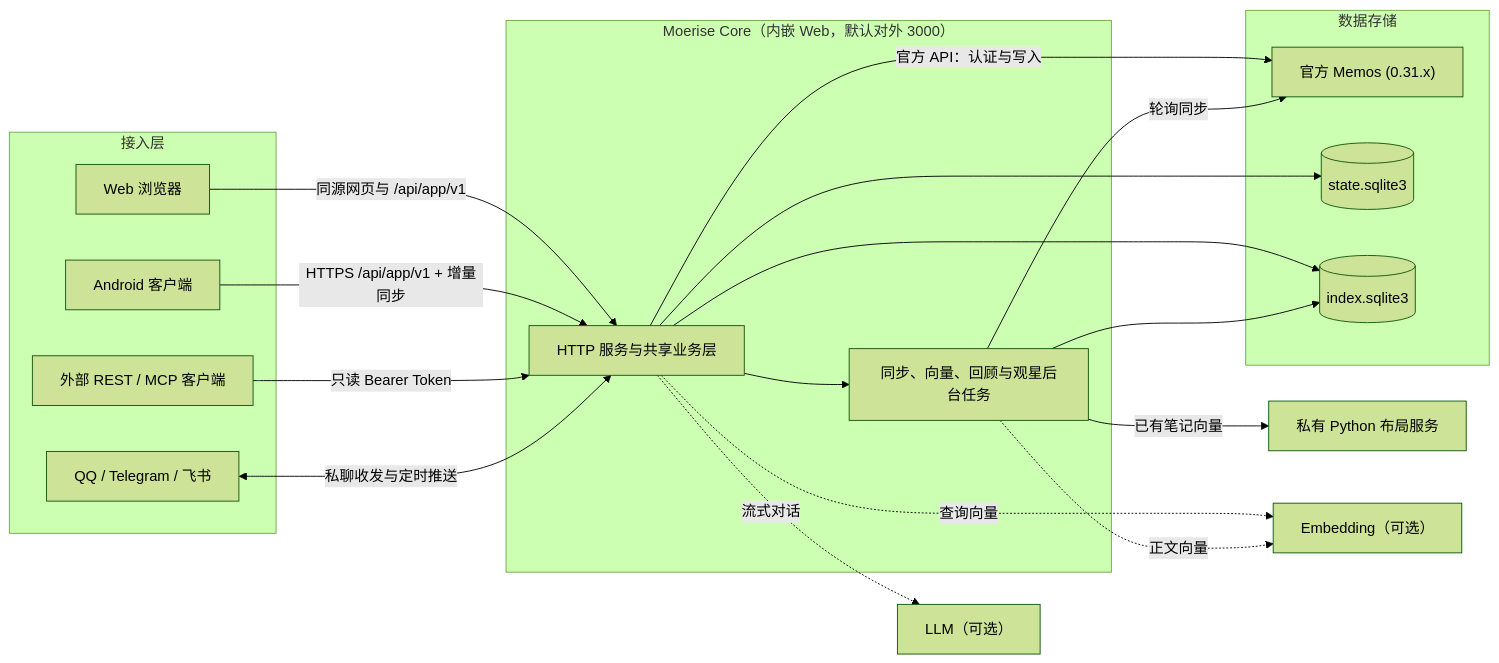
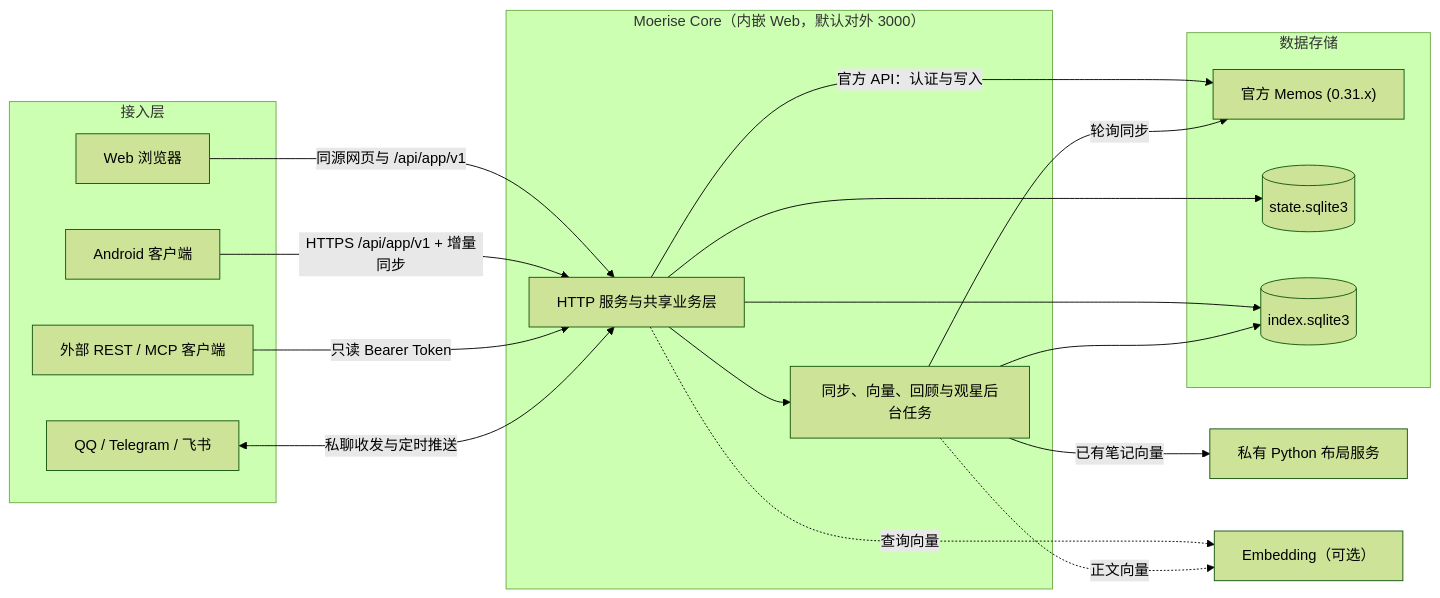
One commit to Fermin214/Moerise changed the diagram in docs/PRODUCT-ARCHITECTURE.md. Above: the diagram before and after it, drawn with Mermaid (forest theme). The commit also changed other lines of this file and 191 other files, not shown here.

````diff
--- a/docs/PRODUCT-ARCHITECTURE.md
+++ b/docs/PRODUCT-ARCHITECTURE.md
@@ -26,32 +26,31 @@
 ```mermaid
 flowchart LR
     subgraph Access["接入层"]
         Web["Web 浏览器"]
         Android["Android 客户端"]
         Agent["外部 REST / MCP 客户端"]
         Bots["QQ / Telegram / 飞书"]
     end
     subgraph Runtime["Moerise Core（内嵌 Web，默认对外 3000）"]
         Core["HTTP 服务与共享业务层"]
         Worker["同步、向量、回顾与观星后台任务"]
         Core --> Worker
     end
     subgraph Storage["数据存储"]
         Memos["官方 Memos (0.31.x)"]
         State[("state.sqlite3")]
         Index[("index.sqlite3")]
     end
     Web -->|"同源网页与 /api/app/v1"| Core
     Android -->|"HTTPS /api/app/v1 + 增量同步"| Core
     Agent -->|"只读 Bearer Token"| Core
     Bots <-->|"私聊收发与定时推送"| Core
     Core -->|"官方 API：认证与写入"| Memos
     Core --> State
     Core --> Index
     Worker -->|"轮询同步"| Memos
     Worker --> Index
     Worker -->|"已有笔记向量"| Layout["私有 Python 布局服务"]
     Core -.->|"查询向量"| Embedding["Embedding（可选）"]
     Worker -.->|"正文向量"| Embedding
-    Core -.->|"流式对话"| LLM["LLM（可选）"]
 ```
````
